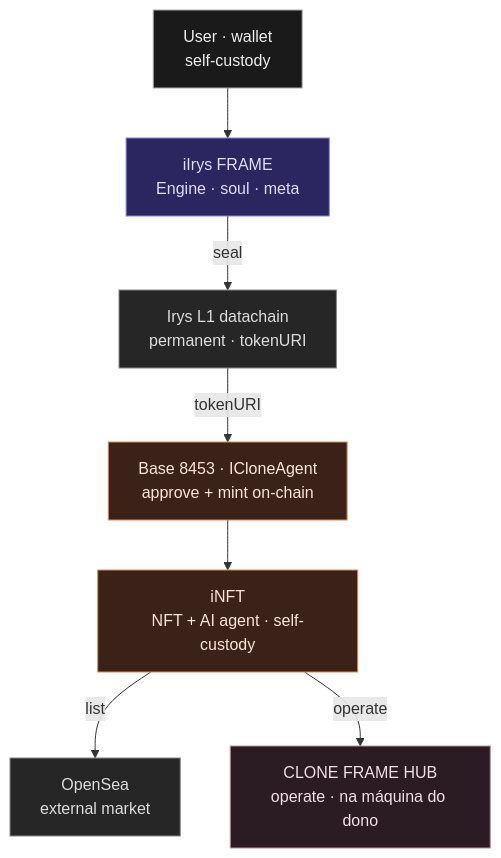
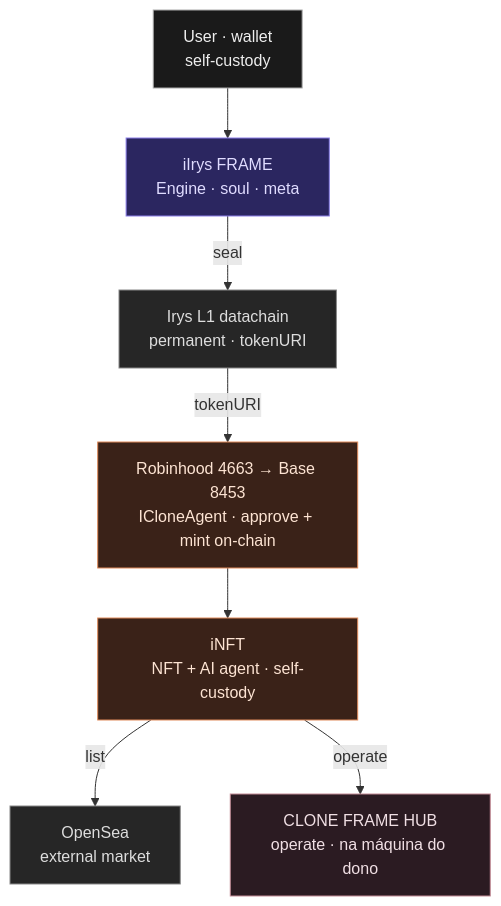
The second of 2 diagrams in docs/ARCHITECTURE.md (devclone20/clone-frame), drawn with Mermaid before and after one commit. The commit also changed other lines of this file and 9 other files, not shown here.

````diff
--- a/docs/ARCHITECTURE.md
+++ b/docs/ARCHITECTURE.md
@@ -28,21 +28,21 @@
 ```mermaid
 flowchart TB
   U["User · wallet<br/>self-custody"]:::neutral
   IF["iIrys FRAME<br/>Engine · soul · meta"]:::open
   IRYS["Irys L1 datachain<br/>permanent · tokenURI"]:::ext
   HUB["CLONE FRAME HUB<br/>operate · na máquina do dono"]:::hosted
-  BASE["Base 8453 · ICloneAgent<br/>approve + mint on-chain"]:::chain
+  CHAINS["Robinhood 4663 → Base 8453<br/>ICloneAgent · approve + mint on-chain"]:::chain
   INFT["iNFT<br/>NFT + AI agent · self-custody"]:::chain
   OS["OpenSea<br/>external market"]:::ext
   U --> IF
   IF -->|seal| IRYS
-  IRYS -->|tokenURI| BASE
-  BASE --> INFT
+  IRYS -->|tokenURI| CHAINS
+  CHAINS --> INFT
   INFT -->|list| OS
   INFT -->|operate| HUB
   classDef hosted fill:#2b1b22,stroke:#c48b96,color:#f0dfe4;
   classDef open fill:#2b2660,stroke:#8b7fe8,color:#e0dcff;
   classDef chain fill:#3a2218,stroke:#e08a5a,color:#fde4d3;
   classDef ext fill:#262626,stroke:#888888,color:#dddddd;
   classDef neutral fill:#1a1a1a,stroke:#aaaaaa,color:#eeeeee;
 ```
````
